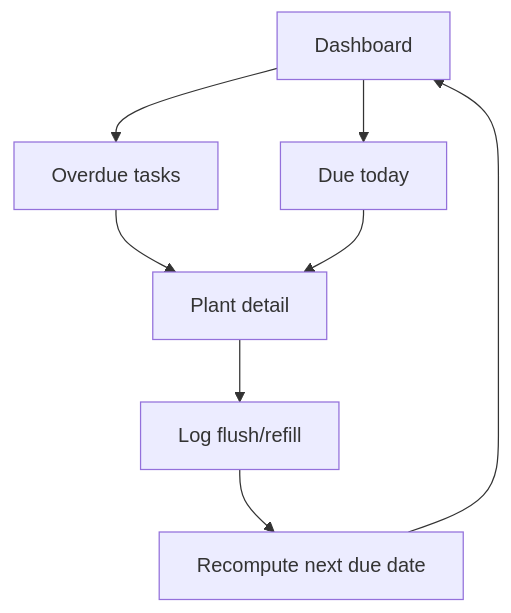
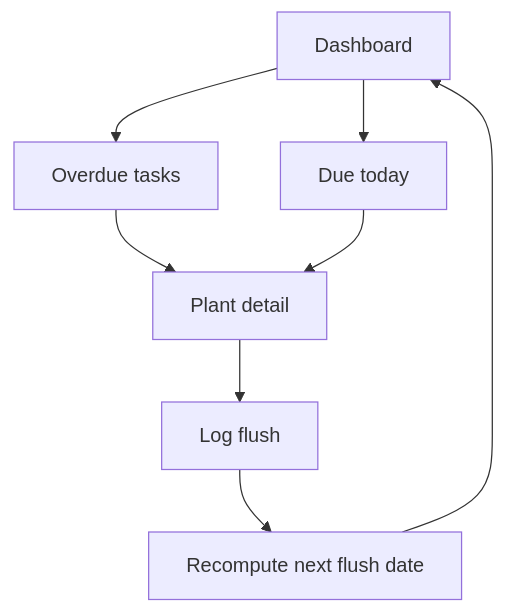
Before and after one commit to VFjr/plant-tracking: the second of 2 diagrams in .cursor/plans/plant_tracking_scaffold_339858f4.plan.md, drawn with Mermaid. The commit also changed other lines of this file, not shown here.

Commit message:
rework flush / refill action in plan

````diff
--- a/.cursor/plans/plant_tracking_scaffold_339858f4.plan.md
+++ b/.cursor/plans/plant_tracking_scaffold_339858f4.plan.md
@@ -311,10 +338,10 @@
 ```mermaid
 flowchart TD
   Dash[Dashboard] --> Overdue[Overdue tasks]
   Dash --> Today[Due today]
   Overdue --> PlantDetail[Plant detail]
   Today --> PlantDetail
-  PlantDetail --> LogAction[Log flush/refill]
-  LogAction --> AdvanceDate[Recompute next due date]
+  PlantDetail --> LogFlush[Log flush]
+  LogFlush --> AdvanceDate[Recompute next flush date]
   AdvanceDate --> Dash
 ```
````
